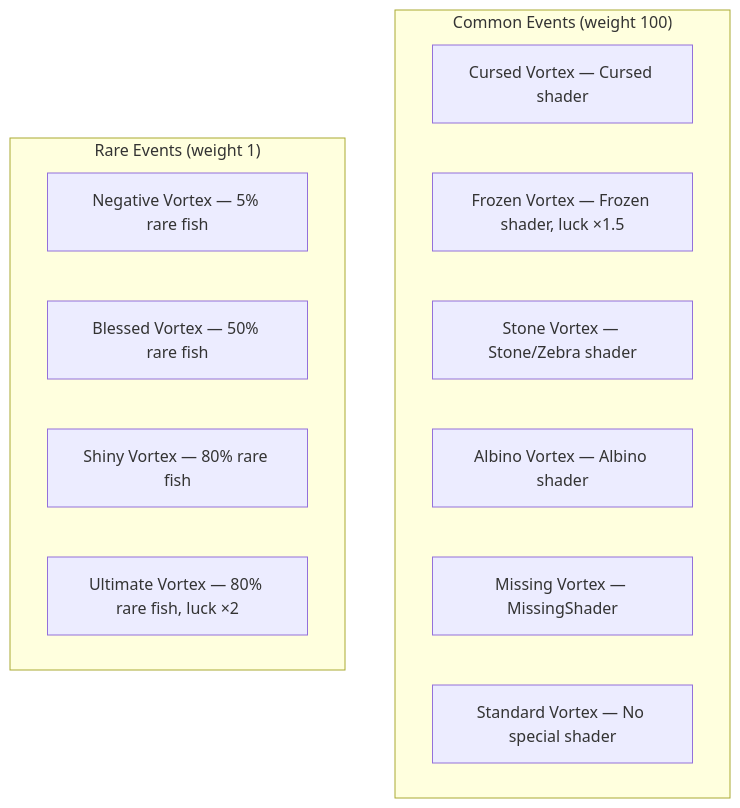
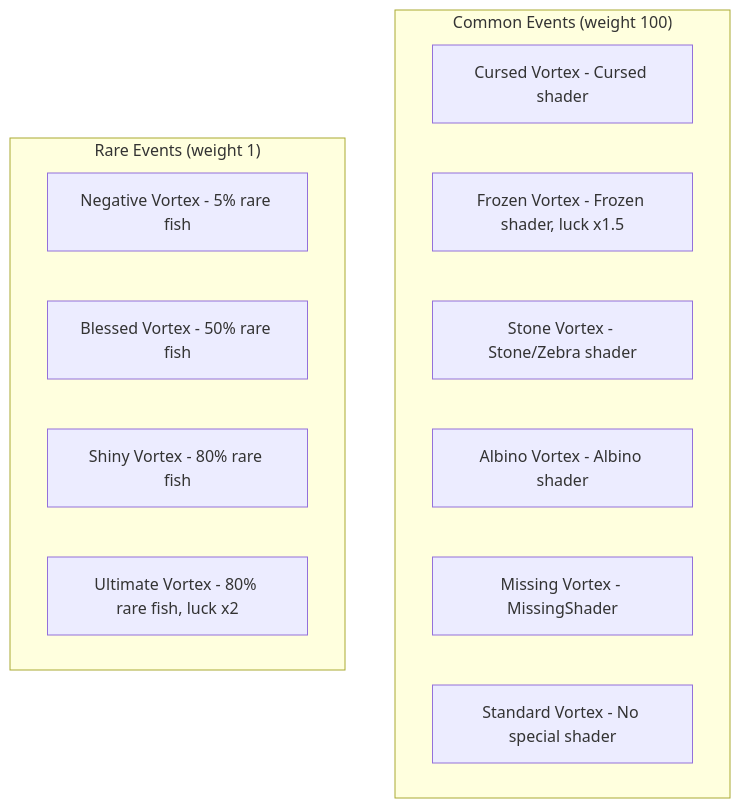
One commit to SeaLoong/Fish-Udon-Raw-Ilcode changed the ninth of 12 diagrams in docs/gamedata-en.md. Above: the diagram before and after it, drawn with Mermaid. The commit also changed other lines of this file and 7 other files, not shown here.

````diff
--- a/docs/gamedata-en.md
+++ b/docs/gamedata-en.md
@@ -443,17 +443,17 @@
 ```mermaid
 flowchart TD
     subgraph Common["Common Events (weight 100)"]
-        E1["Cursed Vortex — Cursed shader"]
-        E2["Frozen Vortex — Frozen shader, luck ×1.5"]
-        E3["Stone Vortex — Stone/Zebra shader"]
-        E4["Albino Vortex — Albino shader"]
-        E5["Missing Vortex — MissingShader"]
-        E6["Standard Vortex — No special shader"]
+        E1["Cursed Vortex - Cursed shader"]
+        E2["Frozen Vortex - Frozen shader, luck x1.5"]
+        E3["Stone Vortex - Stone/Zebra shader"]
+        E4["Albino Vortex - Albino shader"]
+        E5["Missing Vortex - MissingShader"]
+        E6["Standard Vortex - No special shader"]
     end
     subgraph Rare["Rare Events (weight 1)"]
-        E7["Negative Vortex — 5% rare fish"]
-        E8["Blessed Vortex — 50% rare fish"]
-        E9["Shiny Vortex — 80% rare fish"]
-        E10["Ultimate Vortex — 80% rare fish, luck ×2"]
+        E7["Negative Vortex - 5% rare fish"]
+        E8["Blessed Vortex - 50% rare fish"]
+        E9["Shiny Vortex - 80% rare fish"]
+        E10["Ultimate Vortex - 80% rare fish, luck x2"]
     end
 ```
````
